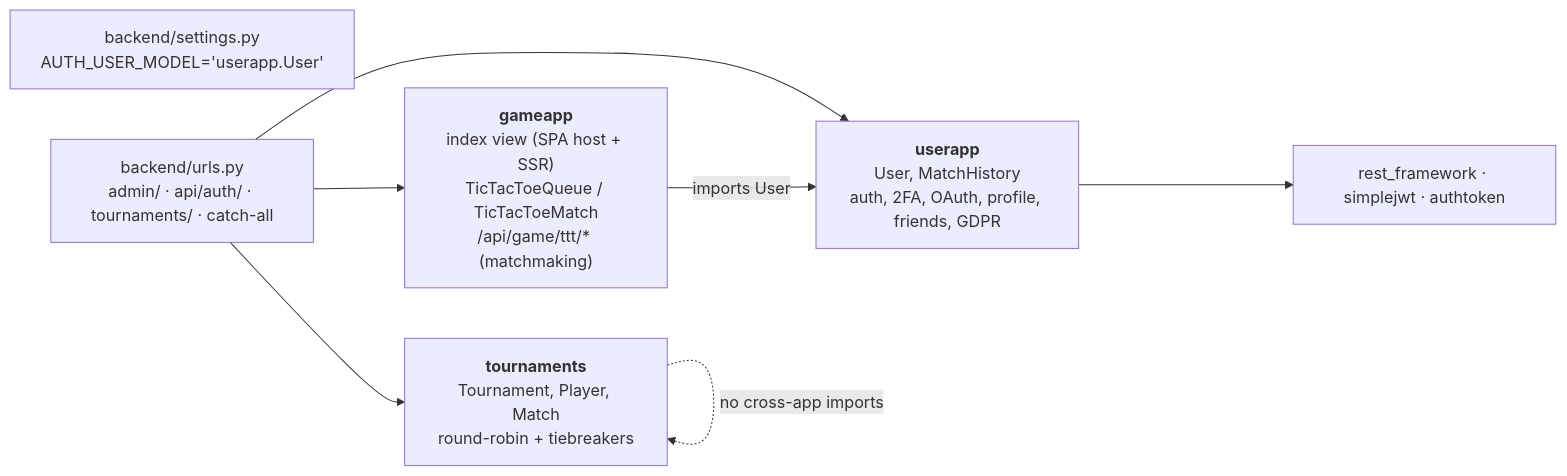
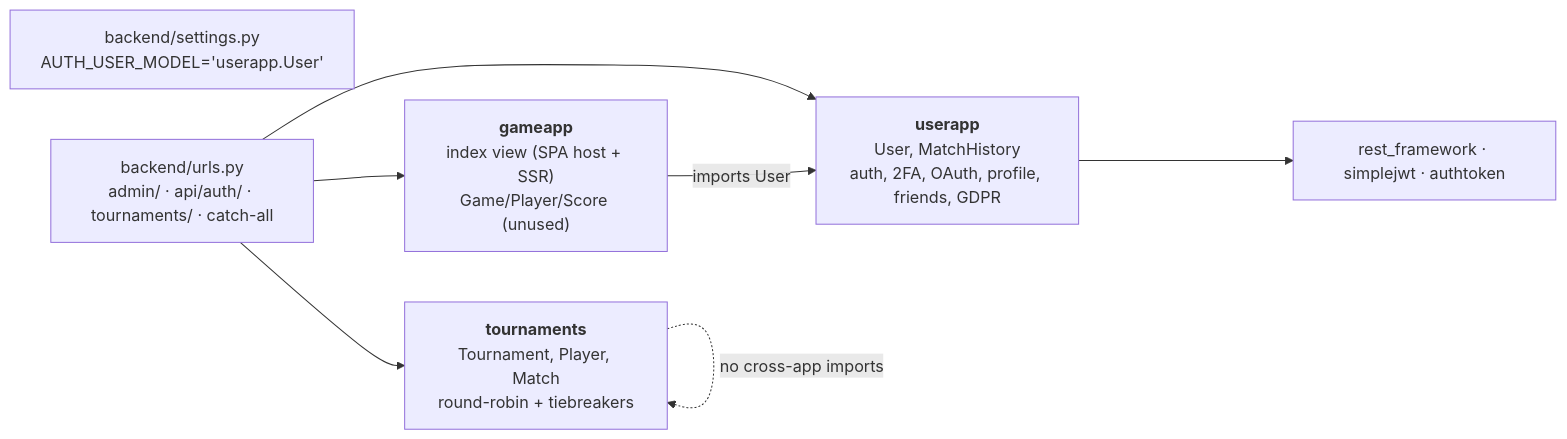
One commit to shamzaou/basta changed the diagram in docs/study-guide/architecture/02-backend-apps.md. Above: the diagram before and after it, drawn with Mermaid. The commit also changed other lines of this file and 11 other files, not shown here.

Commit message:
Docs: local-only TicTacToe (matchmaking = tournament), OAuth state parameter, 54 tests

````diff
--- a/docs/study-guide/architecture/02-backend-apps.md
+++ b/docs/study-guide/architecture/02-backend-apps.md
@@ -7,15 +7,15 @@
 ```mermaid
 flowchart LR
     settings["backend/settings.py<br/>AUTH_USER_MODEL='userapp.User'"]
     urls["backend/urls.py<br/>admin/ · api/auth/ · tournaments/ · catch-all"]
     userapp["<b>userapp</b><br/>User, MatchHistory<br/>auth, 2FA, OAuth, profile, friends, GDPR"]
     tournaments["<b>tournaments</b><br/>Tournament, Player, Match<br/>round-robin + tiebreakers"]
-    gameapp["<b>gameapp</b><br/>index view (SPA host + SSR)<br/>TicTacToeQueue / TicTacToeMatch<br/>/api/game/ttt/* (matchmaking)"]
+    gameapp["<b>gameapp</b><br/>index view (SPA host + SSR)<br/>Game/Player/Score (unused)"]
     drf["rest_framework · simplejwt · authtoken"]
     urls --> userapp
     urls --> tournaments
     urls --> gameapp
     gameapp -- "imports User" --> userapp
     userapp --> drf
     tournaments -. "no cross-app imports" .-> tournaments
 ```
````
